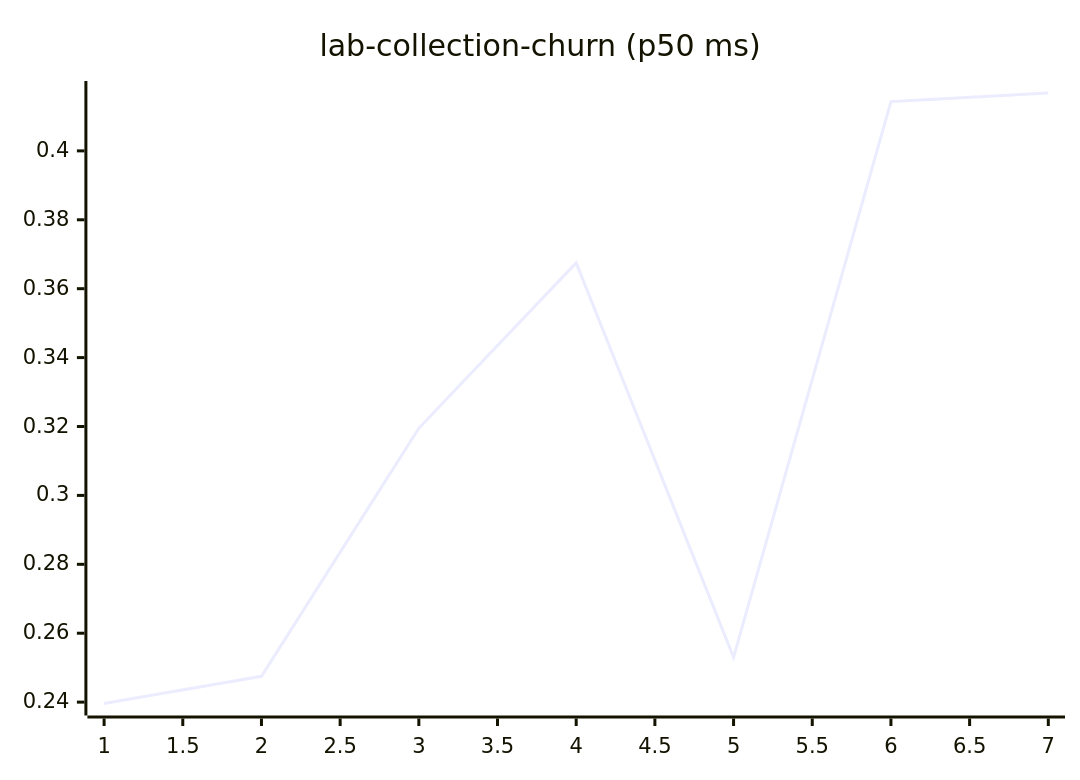
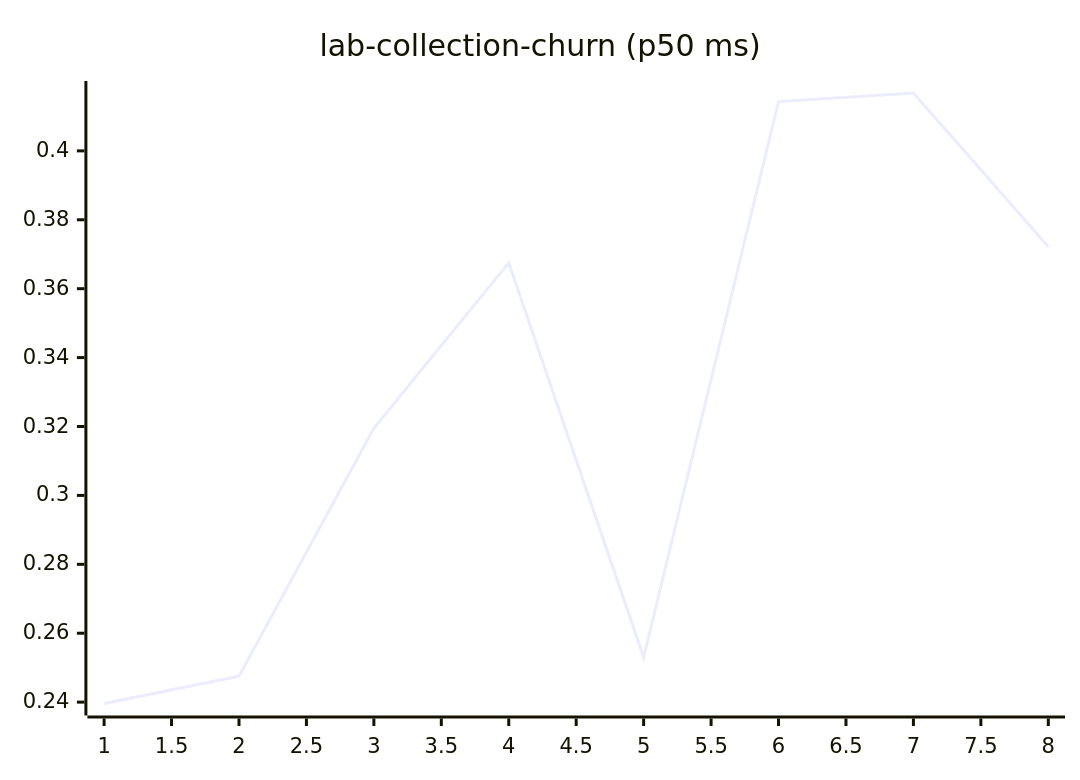
Before and after one commit to josha/Facet: diagram 11 of 27 in README.md, drawn with Mermaid. The commit also changed other lines of this file and 2 other files, not shown here.

````diff
--- a/README.md
+++ b/README.md
@@ -133,6 +133,6 @@
 ```mermaid
 xychart-beta
     title "lab-collection-churn (p50 ms)"
-    x-axis 1 --> 7
-    line [0.2396, 0.2475, 0.3195, 0.3675, 0.2530, 0.4143, 0.4168]
+    x-axis 1 --> 8
+    line [0.2396, 0.2475, 0.3195, 0.3675, 0.2530, 0.4143, 0.4168, 0.3722]
 ```
````
